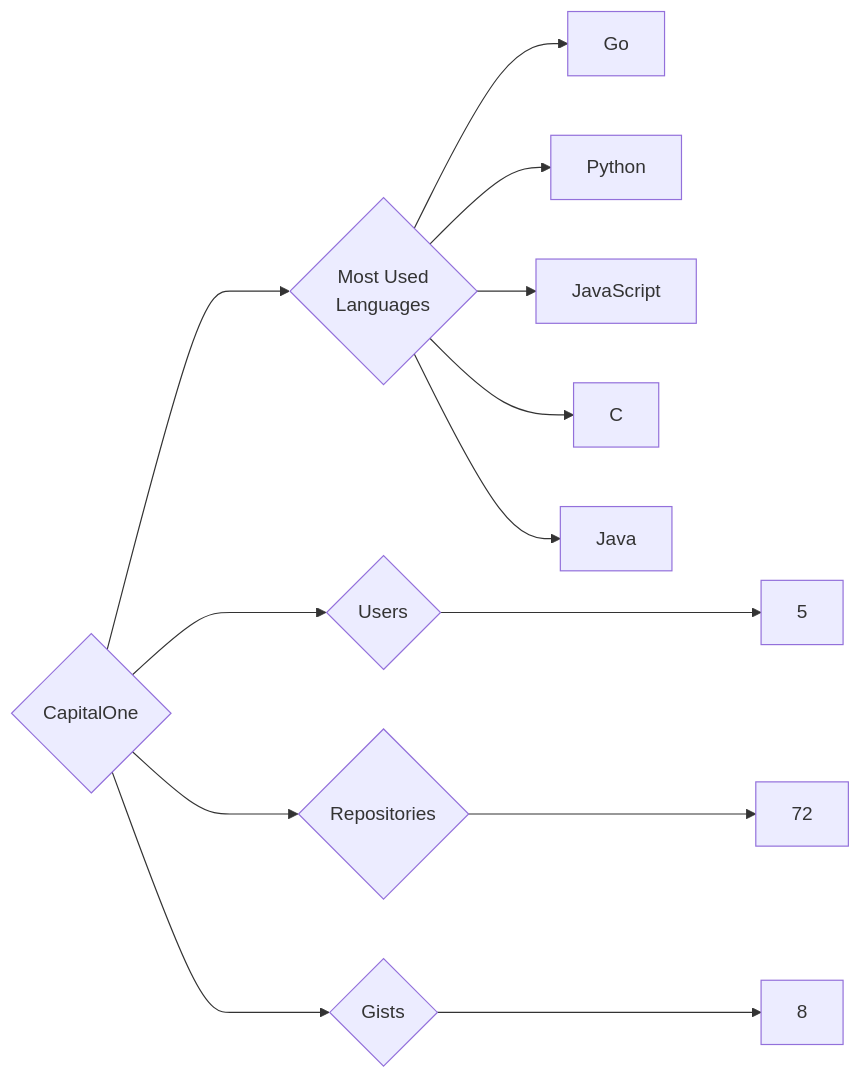
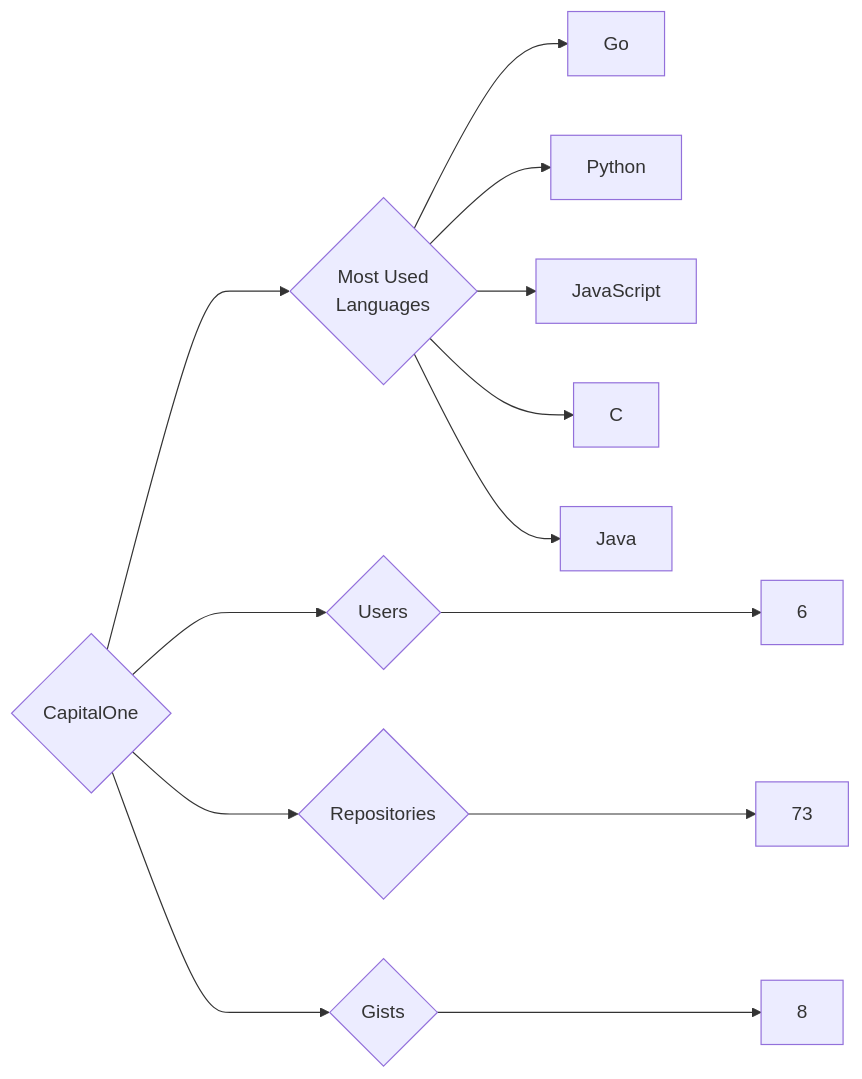
Before and after one commit to trickest/insiders: the diagram in targets/CapitalOne/README.md, drawn with Mermaid. The commit also changed 891 other files, not shown here.

````diff
--- a/targets/CapitalOne/README.md
+++ b/targets/CapitalOne/README.md
@@ -3,13 +3,13 @@
 ```mermaid
 graph LR
 COMPANY_NAME{CapitalOne}
-COMPANY_NAME ---> U{Users} ---> UN[5]
-COMPANY_NAME ---> R{Repositories} ---> RN[72]
+COMPANY_NAME ---> U{Users} ---> UN[6]
+COMPANY_NAME ---> R{Repositories} ---> RN[73]
 COMPANY_NAME ---> G{Gists} ---> GN[8]
 COMPANY_NAME ---> ML{Most Used<br>Languages}
 ML --> Go[Go]
 ML --> Python[Python]
 ML --> JavaScript[JavaScript]
 ML --> C[C]
 ML --> Java[Java]
 ```
````
